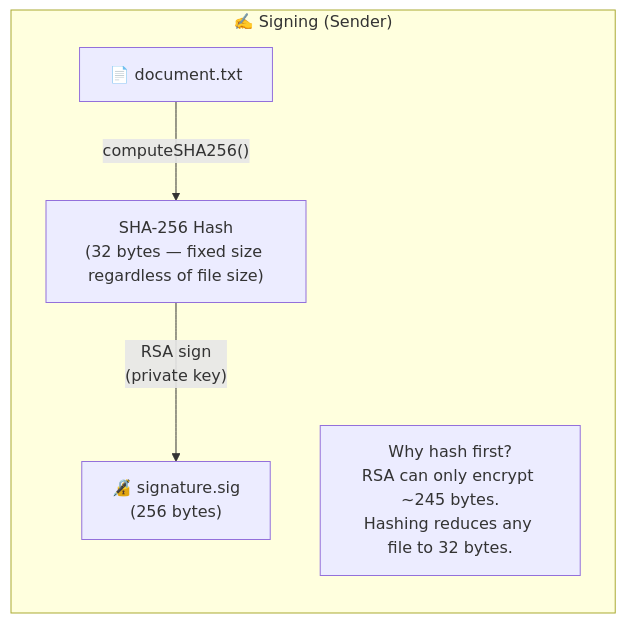
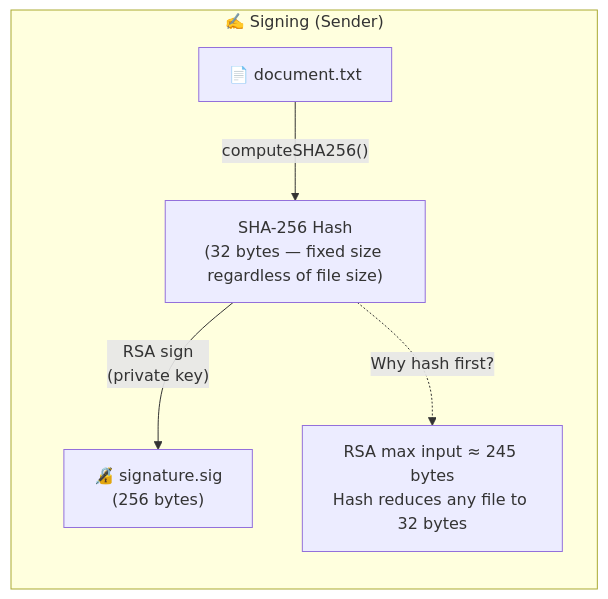
The seventh of 9 diagrams in src/main/java/security/encryption/integrity/README.md (csoares/SecurityJava), drawn with Mermaid before and after one commit. The commit also changed other lines of this file and 23 other files, not shown here.

Commit message:
Refine README diagrams and descriptions for clarity and accuracy

````diff
--- a/src/main/java/security/encryption/integrity/README.md
+++ b/src/main/java/security/encryption/integrity/README.md
@@ -122,11 +123,11 @@
 ```mermaid
 flowchart LR
     subgraph Sign ["✍️ Signing  (Sender)"]
         FILE["📄 document.txt"]
-        HASH["SHA-256 Hash\n(32 bytes — fixed size regardless of file size)"]
-        SIG["🔏 signature.sig\n(256 bytes)"]
+        HASH["SHA-256 Hash<br/>(32 bytes — fixed size regardless of file size)"]
+        SIG["🔏 signature.sig<br/>(256 bytes)"]
         FILE -->|"computeSHA256()"| HASH
-        HASH -->|"RSA sign\n(private key)"| SIG
-        WHY["Why hash first?\nRSA can only encrypt ~245 bytes.\nHashing reduces any file to 32 bytes."]
+        HASH -->|"RSA sign<br/>(private key)"| SIG
+        HASH -.->|"Why hash first?"| WHY["RSA max input ≈ 245 bytes<br/>Hash reduces any file to 32 bytes"]
     end
 ```
````
